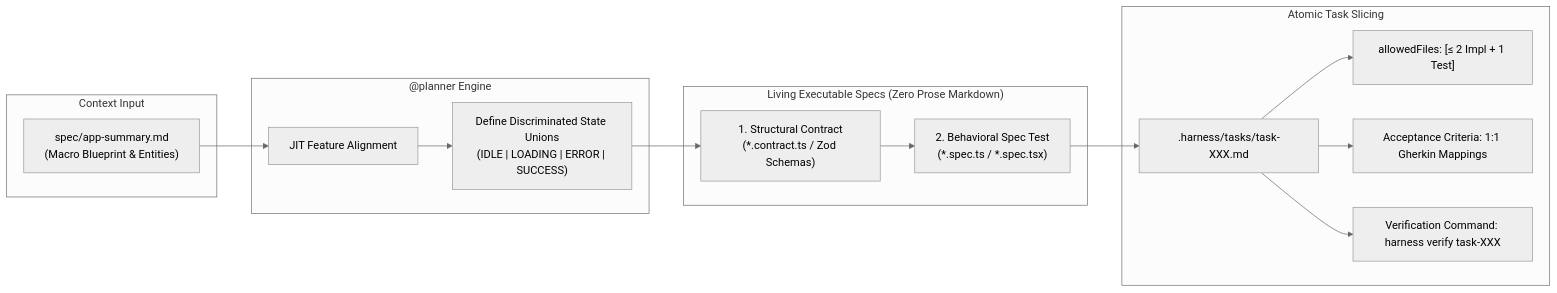
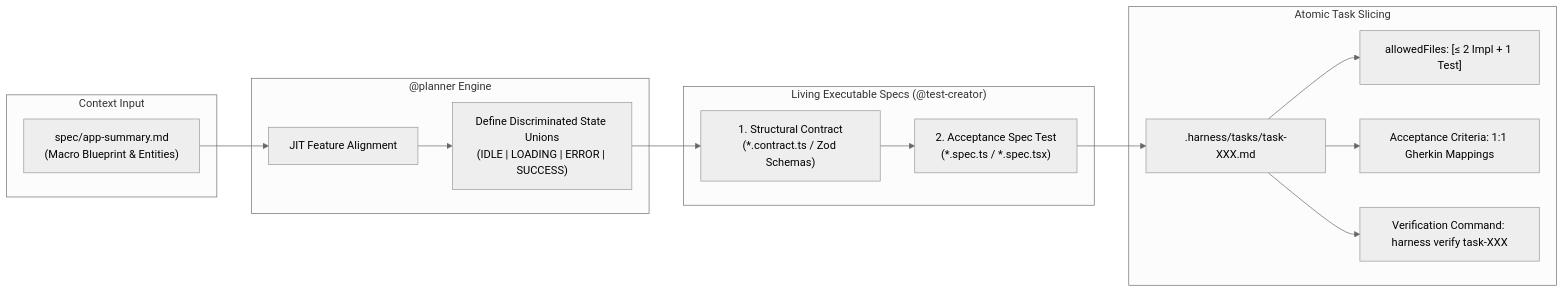
Before and after one commit to felipebrito-developer/ai-workflow-harness: the diagram in docs/diagrams/02-executable-specs-and-slicing.md, drawn with Mermaid (neutral theme). The commit also changed 1 other file, not shown here.

Commit message:
docs: Update detailed diagrams with Clean-Room Specification architecture

````diff
--- a/docs/diagrams/02-executable-specs-and-slicing.md
+++ b/docs/diagrams/02-executable-specs-and-slicing.md
@@ -3,23 +3,23 @@
 ```mermaid
 flowchart LR
     subgraph Input ["Context Input"]
         A["spec/app-summary.md<br/>(Macro Blueprint & Entities)"]
     end
 
     subgraph Planner ["@planner Engine"]
         A --> B["JIT Feature Alignment"]
         B --> C["Define Discriminated State Unions<br/>(IDLE | LOADING | ERROR | SUCCESS)"]
     end
 
-    subgraph LivingDocs ["Living Executable Specs (Zero Prose Markdown)"]
+    subgraph LivingDocs ["Living Executable Specs (@test-creator)"]
         C --> D["1. Structural Contract<br/>(*.contract.ts / Zod Schemas)"]
-        D --> E["2. Behavioral Spec Test<br/>(*.spec.ts / *.spec.tsx)"]
+        D --> E["2. Acceptance Spec Test<br/>(*.spec.ts / *.spec.tsx)"]
     end
 
     subgraph TaskManifest ["Atomic Task Slicing"]
         E --> F[".harness/tasks/task-XXX.md"]
         F --> G["allowedFiles: [&le; 2 Impl + 1 Test]"]
         F --> H["Acceptance Criteria: 1:1 Gherkin Mappings"]
         F --> I["Verification Command: harness verify task-XXX"]
     end
 ```
````
